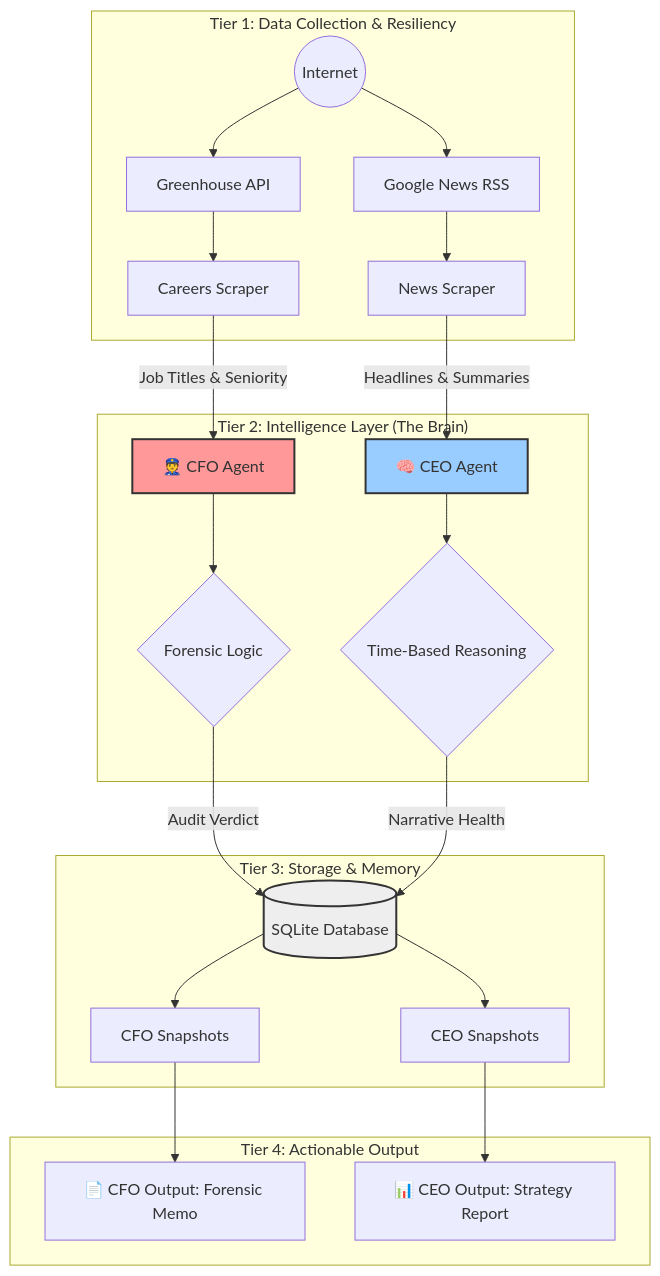
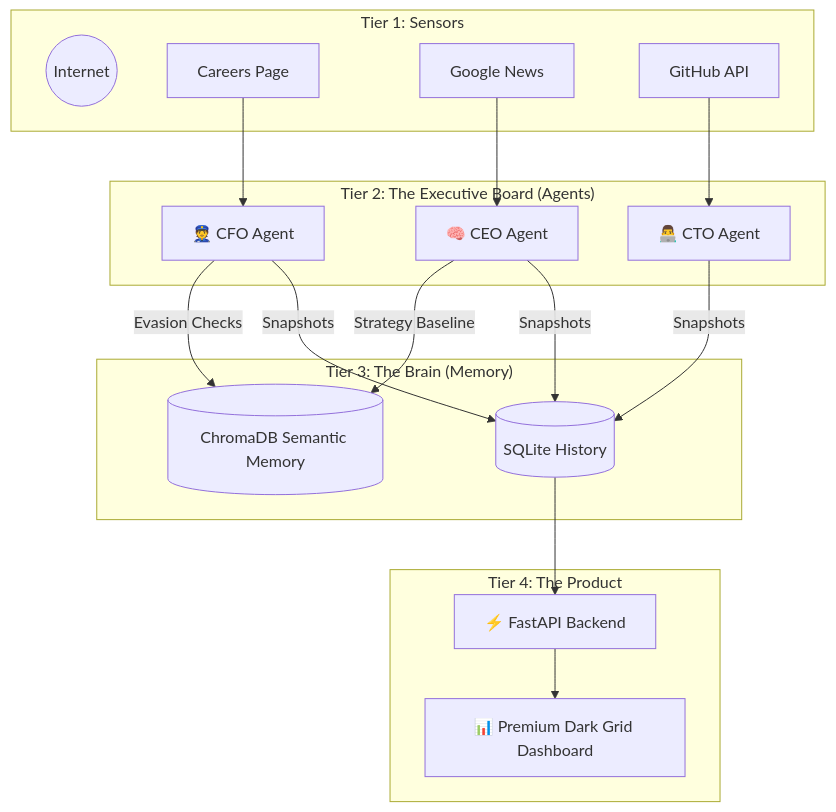
Before and after one commit to Siddh-2006/Autonomous_hacks_26: the diagram in README.md, drawn with Mermaid. The commit also changed other lines of this file and 12 other files, not shown here.

````diff
--- a/README.md
+++ b/README.md
@@ -32,52 +42,39 @@
 ```mermaid
 graph TD
-    subgraph "Tier 1: Data Collection & Resiliency"
+    subgraph "Tier 1: Sensors"
         Internet((Internet))
-        Greenhouse[Greenhouse API]
-        GNews[Google News RSS]
-        Scraper1[Careers Scraper]
-        Scraper2[News Scraper]
-        
-        Internet --> Greenhouse
-        Internet --> GNews
-        Greenhouse --> Scraper1
-        GNews --> Scraper2
+        Greenhouse[Careers Page]
+        GNews[Google News]
+        GitHub[GitHub API]
     end
 
-    subgraph "Tier 2: Intelligence Layer (The Brain)"
+    subgraph "Tier 2: The Executive Board (Agents)"
         CFO[👮 CFO Agent]
         CEO[🧠 CEO Agent]
+        CTO[👨‍💻 CTO Agent]
         
-        Scraper1 -->|Job Titles & Seniority| CFO
-        Scraper2 -->|Headlines & Summaries| CEO
-        
-        Logic1{Forensic Logic}
-        Logic2{Time-Based Reasoning}
-        
-        CFO --> Logic1
-        CEO --> Logic2
+        Greenhouse --> CFO
+        GNews --> CEO
+        GitHub --> CTO
     end
 
-    subgraph "Tier 3: Storage & Memory"
-        DB[(SQLite Database)]
-        Snapshot1[CFO Snapshots]
-        Snapshot2[CEO Snapshots]
+    subgraph "Tier 3: The Brain (Memory)"
+        SQL[(SQLite History)]
+        Vector[(ChromaDB Semantic Memory)]
         
-        Logic1 -->|Audit Verdict| DB
-        Logic2 -->|Narrative Health| DB
-        DB --> Snapshot1
-        DB --> Snapshot2
+        CFO -->|Evasion Checks| Vector
+        CEO -->|Strategy Baseline| Vector
+        
+        CFO -->|Snapshots| SQL
+        CEO -->|Snapshots| SQL
+        CTO -->|Snapshots| SQL
     end
 
-    subgraph "Tier 4: Actionable Output"
-        Memo[📄 CFO Output: Forensic Memo]
-        Dashboard[📊 CEO Output: Strategy Report]
+    subgraph "Tier 4: The Product"
+        Dashboard[📊 Premium Dark Grid Dashboard]
+        API[⚡ FastAPI Backend]
         
-        Snapshot1 --> Memo
-        Snapshot2 --> Dashboard
+        SQL --> API
+        API --> Dashboard
     end
-    
-    style CFO fill:#ff9999,stroke:#333,stroke-width:2px
-    style CEO fill:#99ccff,stroke:#333,stroke-width:2px
-    style DB fill:#eee,stroke:#333,stroke-width:2px
 ```
````
